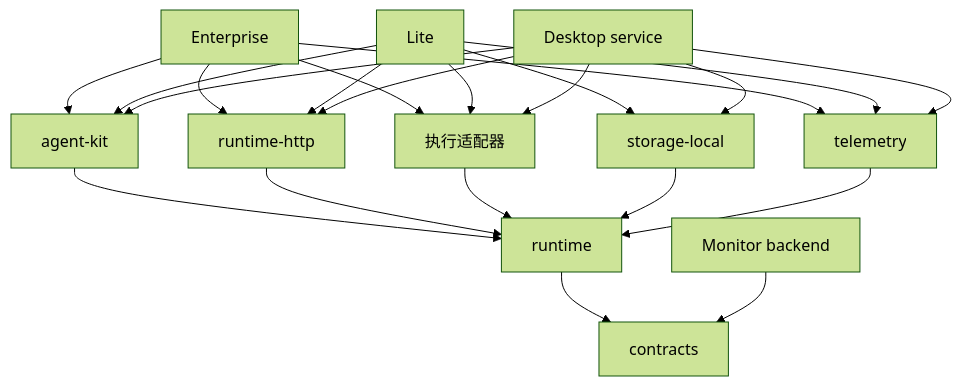
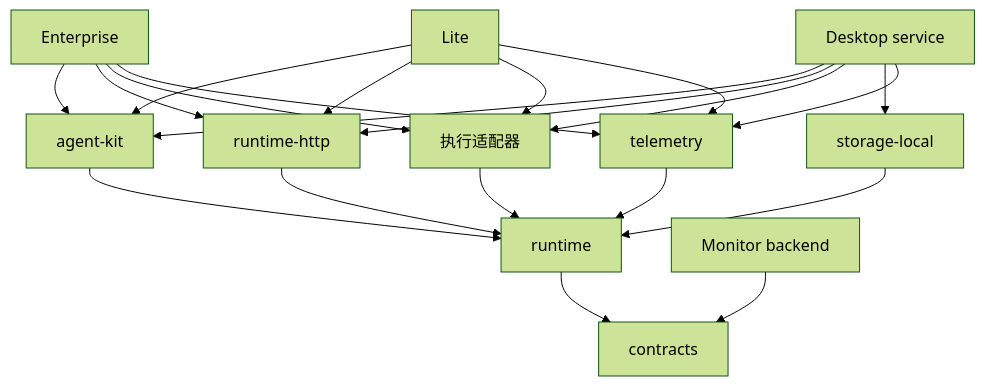
One commit to chijiang/Covalent changed the diagram in docs/monorepo-architecture.md. Above: the diagram before and after it, drawn with Mermaid (forest theme). The commit also changed other lines of this file and 18 other files, not shown here.

````diff
--- a/docs/monorepo-architecture.md
+++ b/docs/monorepo-architecture.md
@@ -124,24 +124,23 @@
 ```mermaid
 flowchart TD
     E[Enterprise] --> K[agent-kit]
     L[Lite] --> K
     D[Desktop service] --> K
     K --> R[runtime]
     R --> C[contracts]
     E --> H[runtime-http]
     L --> H
     D --> H
     H --> R
     E --> A[执行适配器]
     L --> A
     D --> A
     A --> R
-    L --> S[storage-local]
-    D --> S
+    D --> S[storage-local]
     S --> R
     E --> T[telemetry]
     L --> T
     D --> T
     T --> R
     M[Monitor backend] --> C
 ```
````
